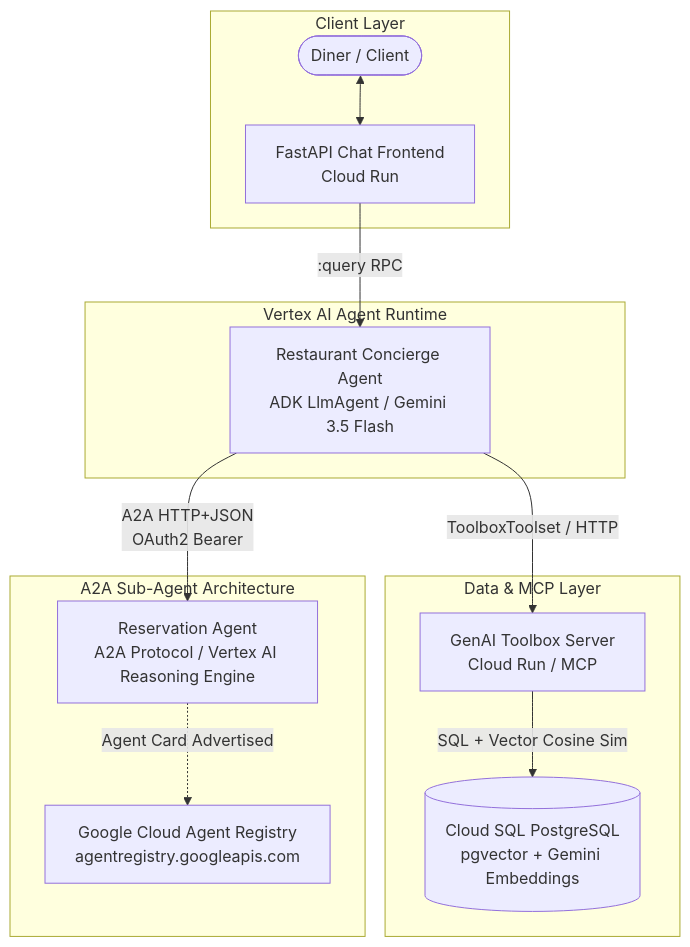
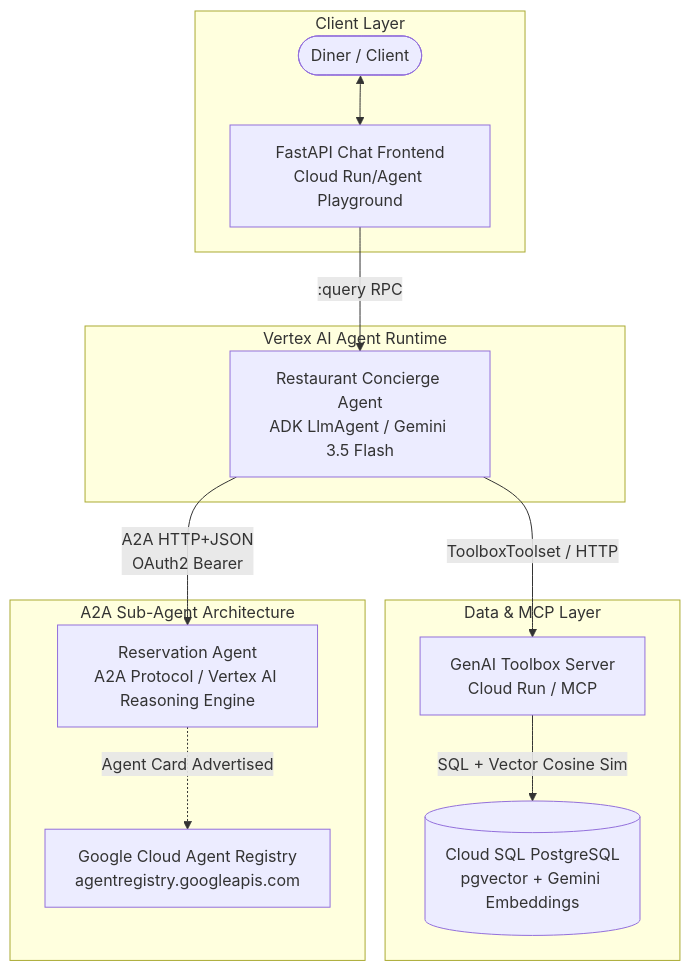
The diagram in README.md (karcot1/restaurant_agent_e2e), drawn with Mermaid before and after one commit. The commit also changed other lines of this file, not shown here.

````diff
--- a/README.md
+++ b/README.md
@@ -40,28 +38,28 @@
 ```mermaid
 flowchart TD
     subgraph Client Layer
         User([Diner / Client])
-        UI[FastAPI Chat Frontend\nCloud Run]
+        UI[FastAPI Chat Frontend\nCloud Run/Agent Playground]
         User <--> UI
     end
 
     subgraph Vertex AI Agent Runtime
         Concierge[Restaurant Concierge Agent\nADK LlmAgent / Gemini 3.5 Flash]
         UI -->|:query RPC| Concierge
     end
 
     subgraph Data & MCP Layer
         Toolbox[GenAI Toolbox Server\nCloud Run / MCP]
         CloudSQL[(Cloud SQL PostgreSQL\npgvector + Gemini Embeddings)]
         Concierge -->|ToolboxToolset / HTTP| Toolbox
         Toolbox -->|SQL + Vector Cosine Sim| CloudSQL
     end
 
     subgraph A2A Sub-Agent Architecture
         ReservationAgent[Reservation Agent\nA2A Protocol / Vertex AI Reasoning Engine]
         AgentRegistry[Google Cloud Agent Registry\nagentregistry.googleapis.com]
         
         Concierge -->|A2A HTTP+JSON\nOAuth2 Bearer| ReservationAgent
         ReservationAgent -.->|Agent Card Advertised| AgentRegistry
     end
 ```
````
